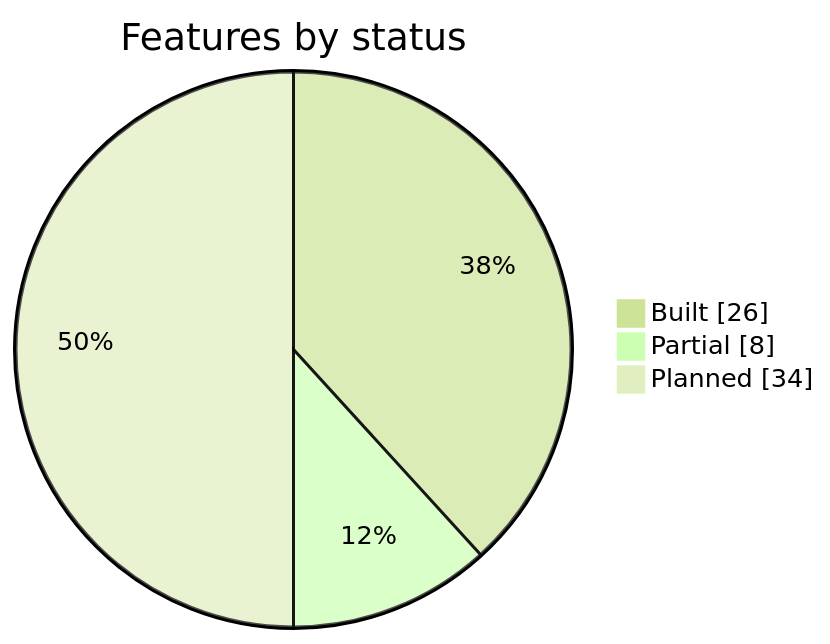
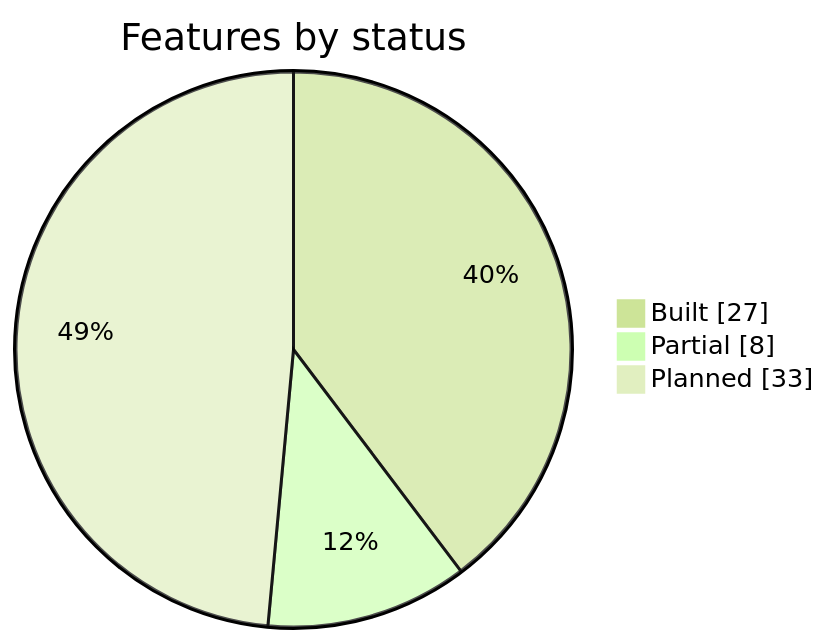
The first of 2 diagrams in docs/FEATURES.md (josephgoksu/TaskWing), drawn with Mermaid (forest theme) before and after one commit. The commit also changed other lines of this file and 12 other files, not shown here.

````diff
--- a/docs/FEATURES.md
+++ b/docs/FEATURES.md
@@ -15,7 +15,7 @@
 ```mermaid
 pie showData
   title Features by status
-  "Built" : 26
+  "Built" : 27
   "Partial" : 8
-  "Planned" : 34
+  "Planned" : 33
 ```
````
